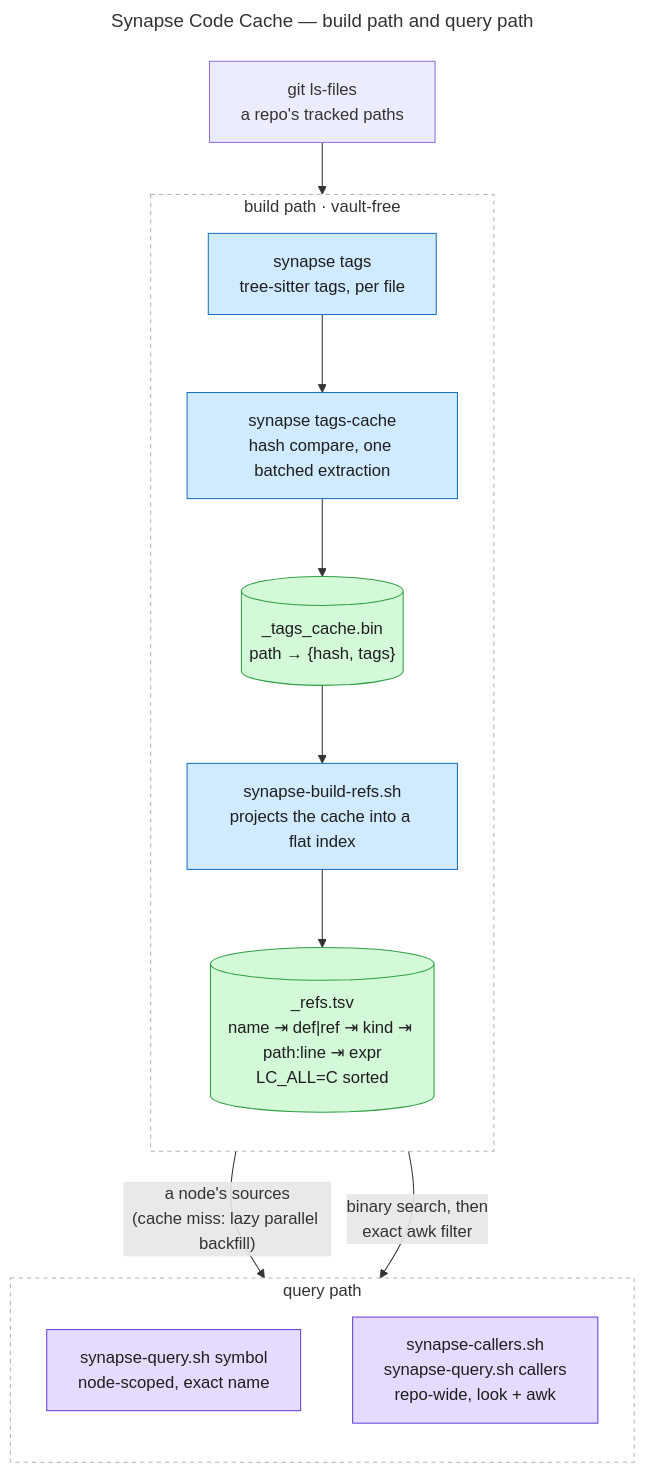
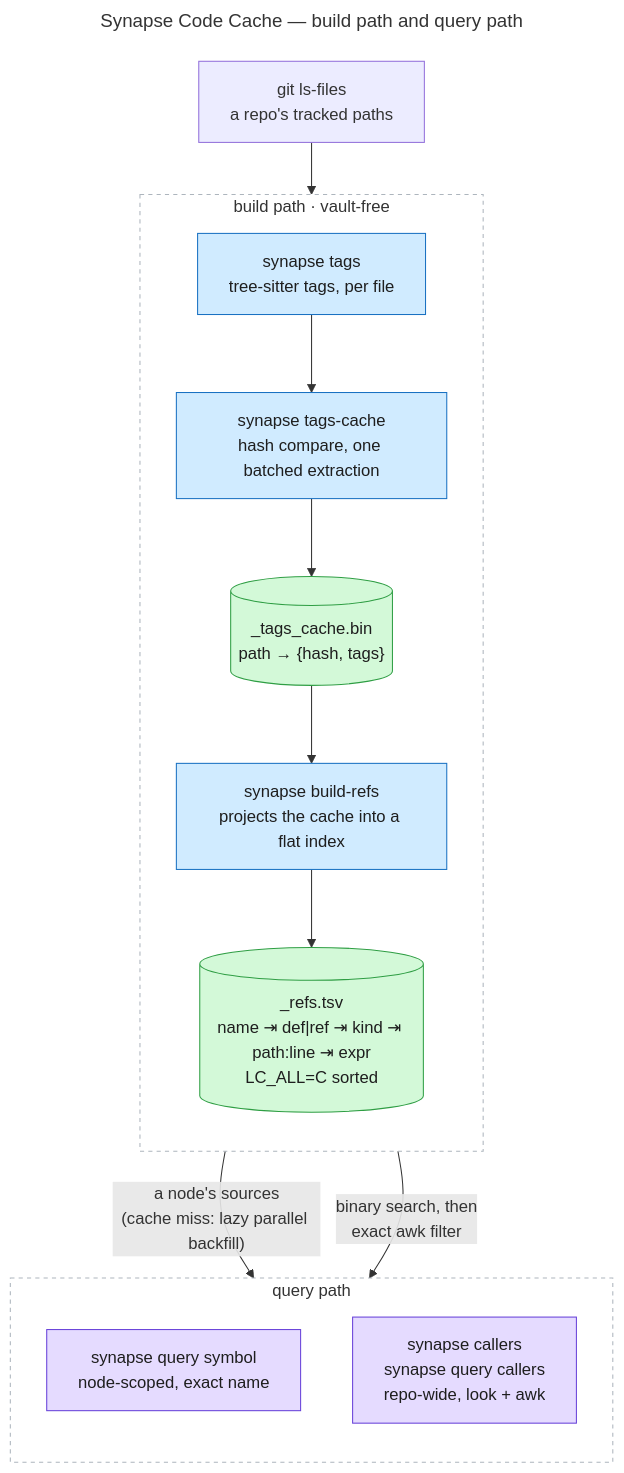
One commit to imunitic/synapse changed the diagram in docs/diagrams/synapse-code-cache.mmd. Above: the diagram before and after it, drawn with Mermaid. The commit also changed 76 other files, not shown here.

```diff
--- a/docs/diagrams/synapse-code-cache.mmd
+++ b/docs/diagrams/synapse-code-cache.mmd
@@ -1,36 +1,36 @@
 ---
 title: Synapse Code Cache — build path and query path
 ---
 flowchart TB
     classDef script fill:#d0ebff,stroke:#1971c2,color:#1e1e1e
     classDef artifact fill:#d3f9d8,stroke:#2f9e44,color:#1e1e1e
     classDef query fill:#e5dbff,stroke:#6741d9,color:#1e1e1e
 
     FILES["git ls-files<br/>a repo's tracked paths"]
 
     subgraph BUILD["build path · vault-free"]
         direction TB
         TAGS["synapse tags<br/>tree-sitter tags, per file"]
         CACHE_SCRIPT["synapse tags-cache<br/>hash compare, one batched extraction"]
         TAGSCACHE[("_tags_cache.bin<br/>path → {hash, tags}")]
-        REFS_SCRIPT["synapse-build-refs.sh<br/>projects the cache into a flat index"]
+        REFS_SCRIPT["synapse build-refs<br/>projects the cache into a flat index"]
         REFS[("_refs.tsv<br/>name ⇥ def|ref ⇥ kind ⇥ path:line ⇥ expr<br/>LC_ALL=C sorted")]
         TAGS --> CACHE_SCRIPT --> TAGSCACHE --> REFS_SCRIPT --> REFS
     end
 
     subgraph QUERY["query path"]
         direction TB
-        SYMBOL["synapse-query.sh symbol<br/>node-scoped, exact name"]
-        CALLERS["synapse-callers.sh<br/>synapse-query.sh callers<br/>repo-wide, look + awk"]
+        SYMBOL["synapse query symbol<br/>node-scoped, exact name"]
+        CALLERS["synapse callers<br/>synapse query callers<br/>repo-wide, look + awk"]
     end
 
     FILES --> TAGS
     TAGSCACHE -->|"a node's sources<br/>(cache miss: lazy parallel backfill)"| SYMBOL
     REFS -->|"binary search, then<br/>exact awk filter"| CALLERS
 
     class TAGS,CACHE_SCRIPT,REFS_SCRIPT script
     class TAGSCACHE,REFS artifact
     class SYMBOL,CALLERS query
 
     style BUILD fill:#ffffff,stroke:#adb5bd,stroke-dasharray:4 4
     style QUERY fill:#ffffff,stroke:#adb5bd,stroke-dasharray:4 4
```
